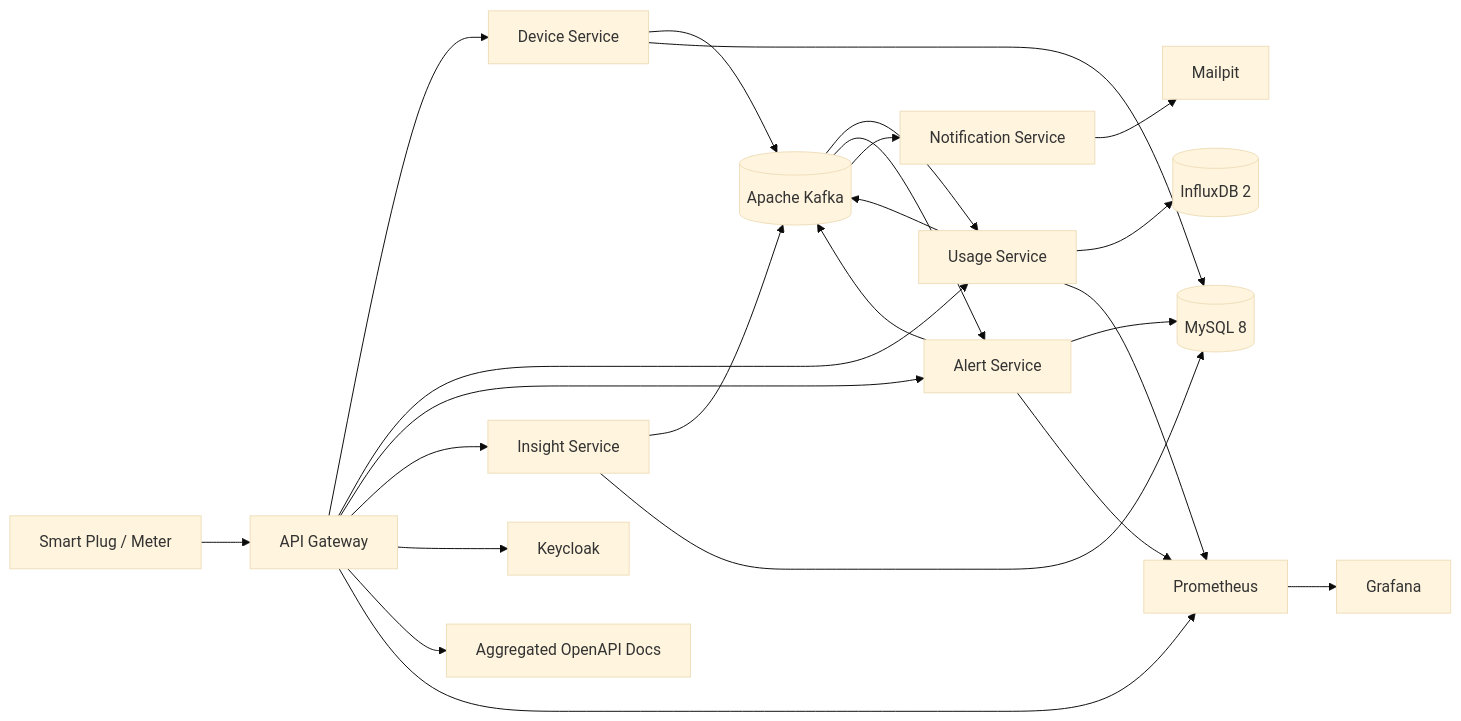
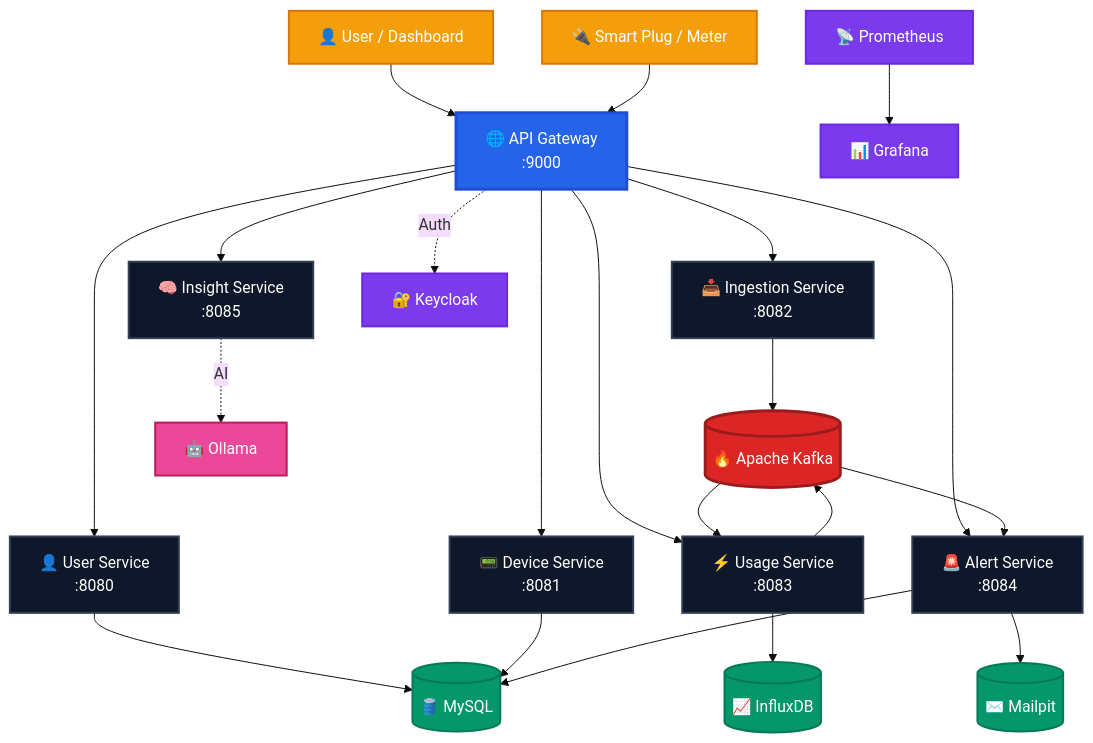
Before and after one commit to Brew-and-Bugs-with-Ayush/GridPulse: the diagram in README.md, drawn with Mermaid (base theme). The commit also changed other lines of this file, not shown here.

First line of the commit message:
Revise README with new badges and architecture details

````diff
--- a/README.md
+++ b/README.md
@@ -63,31 +71,78 @@
 ```mermaid
-flowchart LR
-    Device[Smart Plug / Meter] --> Gateway[API Gateway]
-    Gateway --> DeviceSvc[Device Service]
-    Gateway --> UsageSvc[Usage Service]
-    Gateway --> AlertSvc[Alert Service]
-    Gateway --> InsightSvc[Insight Service]
+flowchart TB
 
-    DeviceSvc --> Kafka[(Apache Kafka)]
+    %% =========================
+    %% CLEAN MODERN STYLING
+    %% =========================
+    classDef client fill:#f59e0b,stroke:#d97706,color:#fff,stroke-width:2px
+    classDef gateway fill:#2563eb,stroke:#1d4ed8,color:#fff,stroke-width:3px
+    classDef service fill:#0f172a,stroke:#334155,color:#fff,stroke-width:2px
+    classDef kafka fill:#dc2626,stroke:#991b1b,color:#fff,stroke-width:3px
+    classDef db fill:#059669,stroke:#047857,color:#fff,stroke-width:2px
+    classDef infra fill:#7c3aed,stroke:#6d28d9,color:#fff,stroke-width:2px
+    classDef ai fill:#ec4899,stroke:#be185d,color:#fff,stroke-width:2px
+
+    %% =========================
+    %% ENTRY
+    %% =========================
+    User[👤 User / Dashboard]:::client
+    Device[🔌 Smart Plug / Meter]:::client
+
+    Gateway[🌐 API Gateway<br/>:9000]:::gateway
+
+    User --> Gateway
+    Device --> Gateway
+
+    %% =========================
+    %% SERVICES
+    %% =========================
+    UserSvc[👤 User Service<br/>:8080]:::service
+    DeviceSvc[📟 Device Service<br/>:8081]:::service
+    IngestionSvc[📥 Ingestion Service<br/>:8082]:::service
+    UsageSvc[⚡ Usage Service<br/>:8083]:::service
+    AlertSvc[🚨 Alert Service<br/>:8084]:::service
+    InsightSvc[🧠 Insight Service<br/>:8085]:::service
+
+    Gateway --> UserSvc
+    Gateway --> DeviceSvc
+    Gateway --> IngestionSvc
+    Gateway --> UsageSvc
+    Gateway --> AlertSvc
+    Gateway --> InsightSvc
+
+    %% =========================
+    %% STREAMING
+    %% =========================
+    Kafka[(🔥 Apache Kafka)]:::kafka
+
+    IngestionSvc --> Kafka
+    Kafka --> UsageSvc
     UsageSvc --> Kafka
-    AlertSvc --> Kafka
-    InsightSvc --> Kafka
+    Kafka --> AlertSvc
 
-    Kafka --> UsageSvc
-    Kafka --> AlertSvc
-    Kafka --> NotificationSvc[Notification Service]
+    %% =========================
+    %% STORAGE
+    %% =========================
+    MySQL[(🛢️ MySQL)]:::db
+    Influx[(📈 InfluxDB)]:::db
+    Mailpit[(✉️ Mailpit)]:::db
 
-    UsageSvc --> Influx[(InfluxDB 2)]
-    DeviceSvc --> MySQL[(MySQL 8)]
+    UserSvc --> MySQL
+    DeviceSvc --> MySQL
     AlertSvc --> MySQL
-    InsightSvc --> MySQL
 
-    Gateway --> Keycloak[Keycloak]
-    Gateway --> OpenAPI[Aggregated OpenAPI Docs]
+    UsageSvc --> Influx
+    AlertSvc --> Mailpit
 
-    NotificationSvc --> Mailpit[Mailpit]
-    UsageSvc --> Prom[Prometheus]
-    AlertSvc --> Prom
-    Gateway --> Prom
-    Prom --> Grafana[Grafana]
+    %% =========================
+    %% PLATFORM
+    %% =========================
+    Keycloak[🔐 Keycloak]:::infra
+    Prom[📡 Prometheus]:::infra
+    Grafana[📊 Grafana]:::infra
+    Ollama[🤖 Ollama]:::ai
+
+    Gateway -. Auth .-> Keycloak
+    Prom --> Grafana
+    InsightSvc -. AI .-> Ollama
 ```
````
